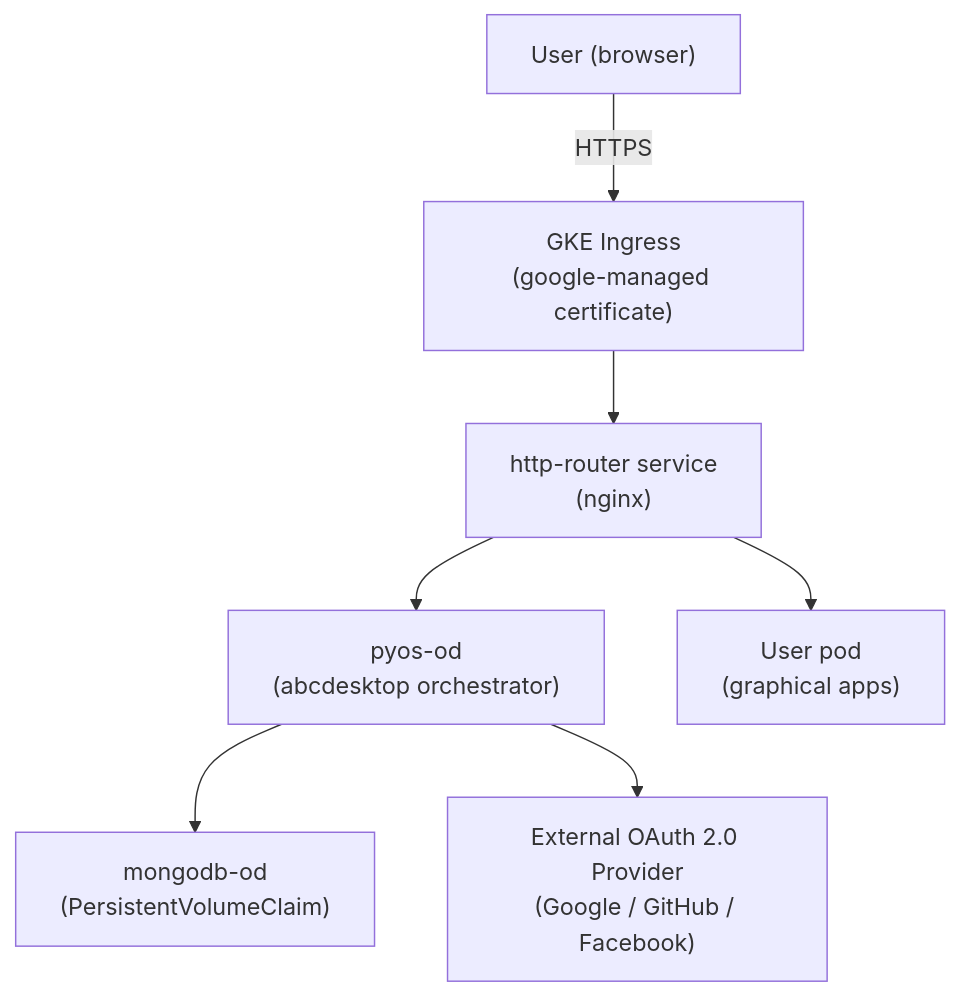
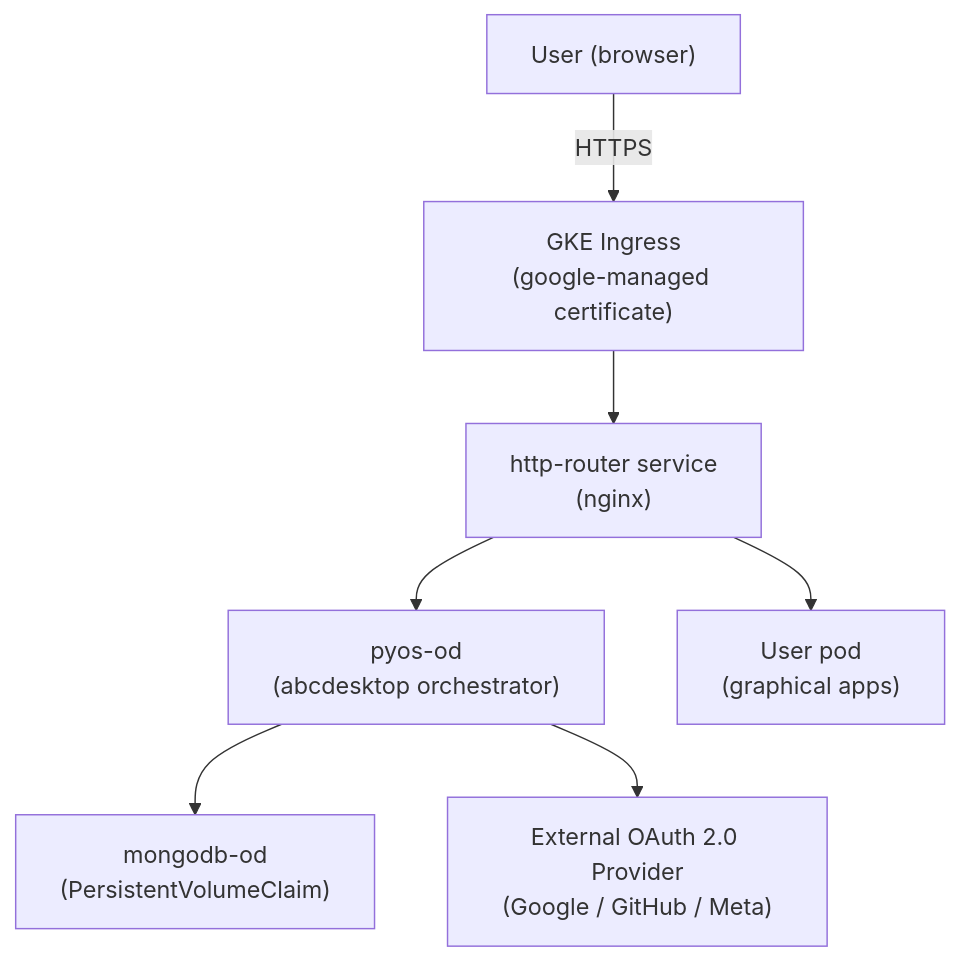
The diagram in opsdocs/docs/usecases/4.4/deploy-demo-gcp-abcdesktop-com/overview.md (abcdesktopio/docs), drawn with Mermaid before and after one commit.

Commit message:
Update OAuth provider reference from Facebook to Meta

````diff
--- a/opsdocs/docs/usecases/4.4/deploy-demo-gcp-abcdesktop-com/overview.md
+++ b/opsdocs/docs/usecases/4.4/deploy-demo-gcp-abcdesktop-com/overview.md
@@ -17,9 +17,9 @@
 ```mermaid
 graph TD
     User["User (browser)"] -->|HTTPS| GKE_Ingress["GKE Ingress\n(google-managed certificate)"]
     GKE_Ingress --> Router["http-router service\n(nginx)"]
     Router --> PyOS["pyos-od\n(abcdesktop orchestrator)"]
     Router --> UserPod["User pod\n(graphical apps)"]
     PyOS --> MongoDB["mongodb-od\n(PersistentVolumeClaim)"]
-    PyOS --> OAuth["External OAuth 2.0 Provider\n(Google / GitHub / Facebook)"]
+    PyOS --> OAuth["External OAuth 2.0 Provider\n(Google / GitHub / Meta)"]
 ```
````
